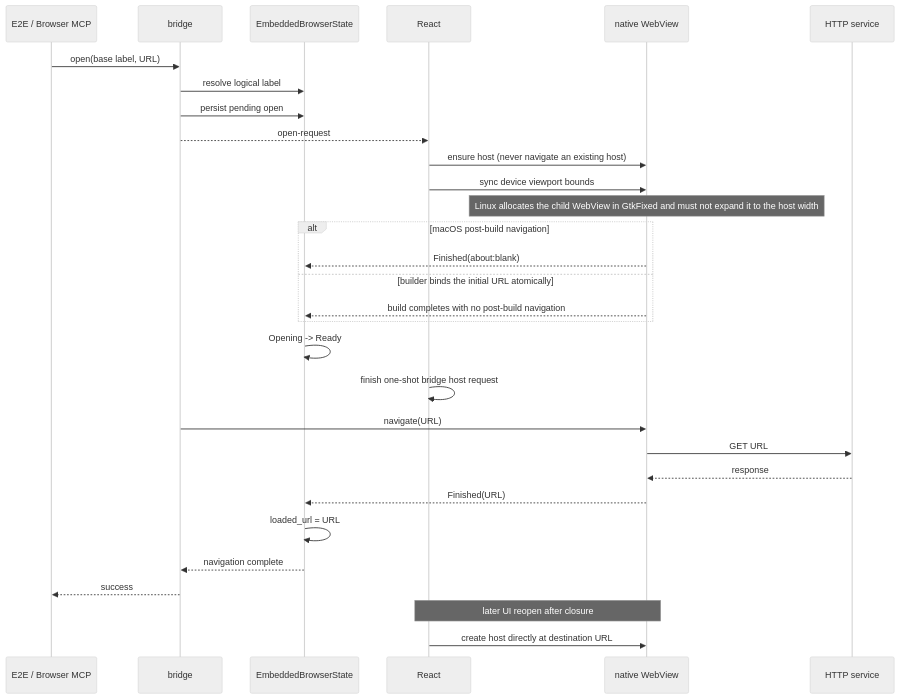
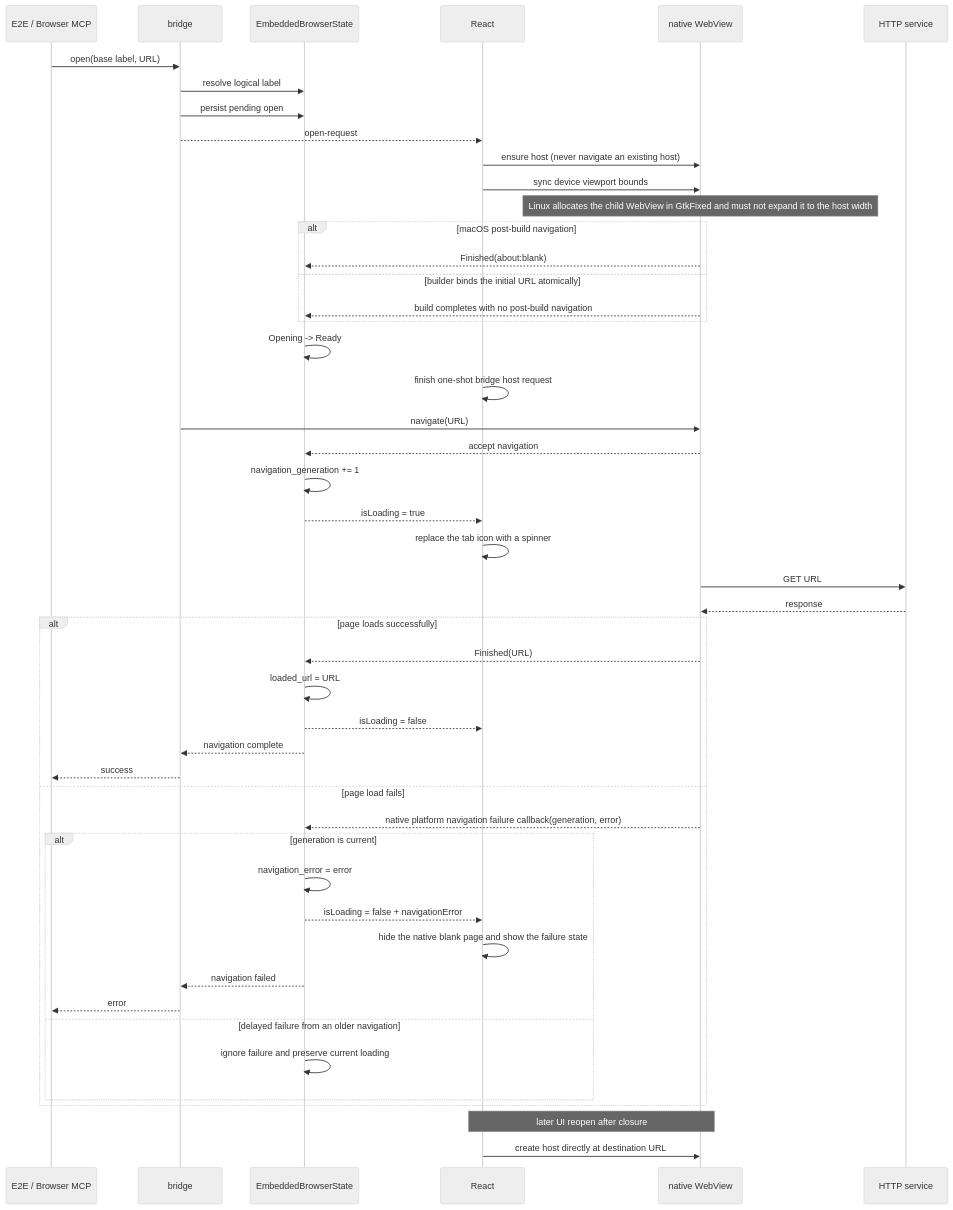
The second of 2 diagrams in docs/architecture/embedded-browser.md (wecode-ai/wegent-docs), drawn with Mermaid (neutral theme) before and after one commit. The commit also changed other lines of this file and 3 other files, not shown here.

````diff
--- a/docs/architecture/embedded-browser.md
+++ b/docs/architecture/embedded-browser.md
@@ -33,34 +38,52 @@
 ```mermaid
 sequenceDiagram
     participant C as E2E / Browser MCP
     participant B as bridge
     participant S as EmbeddedBrowserState
     participant R as React
     participant W as native WebView
     participant H as HTTP service
 
     C->>B: open(base label, URL)
     B->>S: resolve logical label
     B->>S: persist pending open
     B-->>R: open-request
     R->>W: ensure host (never navigate an existing host)
     R->>W: sync device viewport bounds
     Note over W: Linux allocates the child WebView in GtkFixed and must not expand it to the host width
     alt macOS post-build navigation
         W-->>S: Finished(about:blank)
     else builder binds the initial URL atomically
         W-->>S: build completes with no post-build navigation
     end
     S->>S: Opening -> Ready
     R->>R: finish one-shot bridge host request
     B->>W: navigate(URL)
+    W-->>S: accept navigation
+    S->>S: navigation_generation += 1
+    S-->>R: isLoading = true
+    R->>R: replace the tab icon with a spinner
     W->>H: GET URL
     H-->>W: response
-    W-->>S: Finished(URL)
-    S->>S: loaded_url = URL
-    S-->>B: navigation complete
-    B-->>C: success
+    alt page loads successfully
+        W-->>S: Finished(URL)
+        S->>S: loaded_url = URL
+        S-->>R: isLoading = false
+        S-->>B: navigation complete
+        B-->>C: success
+    else page load fails
+        W-->>S: native platform navigation failure callback(generation, error)
+        alt generation is current
+            S->>S: navigation_error = error
+            S-->>R: isLoading = false + navigationError
+            R->>R: hide the native blank page and show the failure state
+            S-->>B: navigation failed
+            B-->>C: error
+        else delayed failure from an older navigation
+            S->>S: ignore failure and preserve current loading
+        end
+    end
 
     Note over R,W: later UI reopen after closure
     R->>W: create host directly at destination URL
 ```
````
